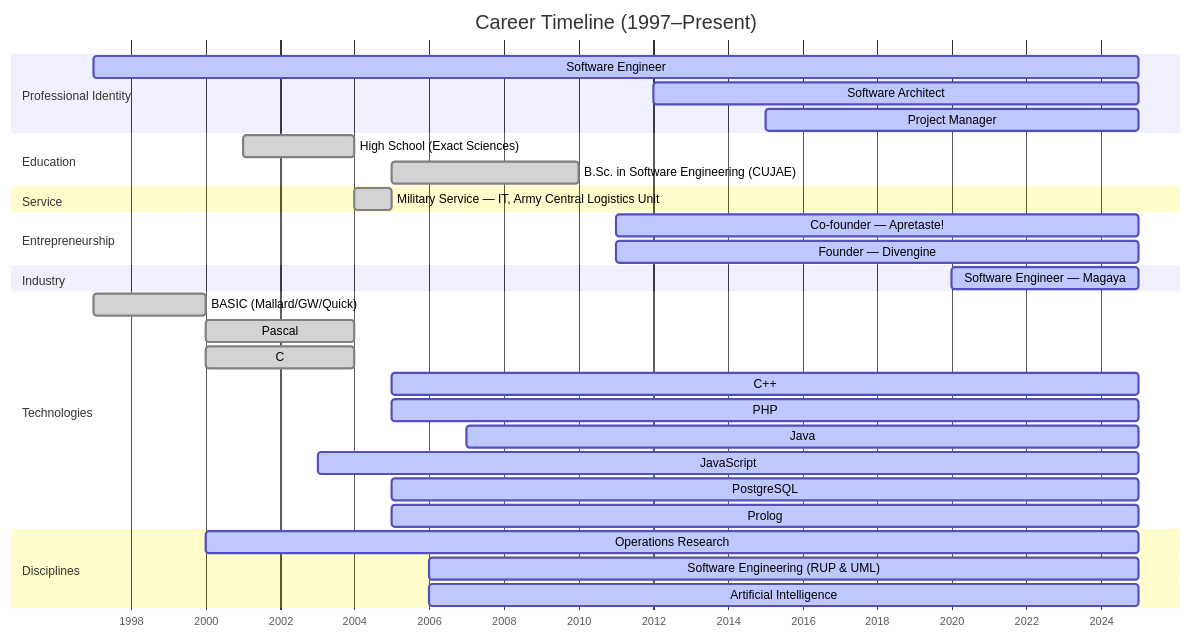
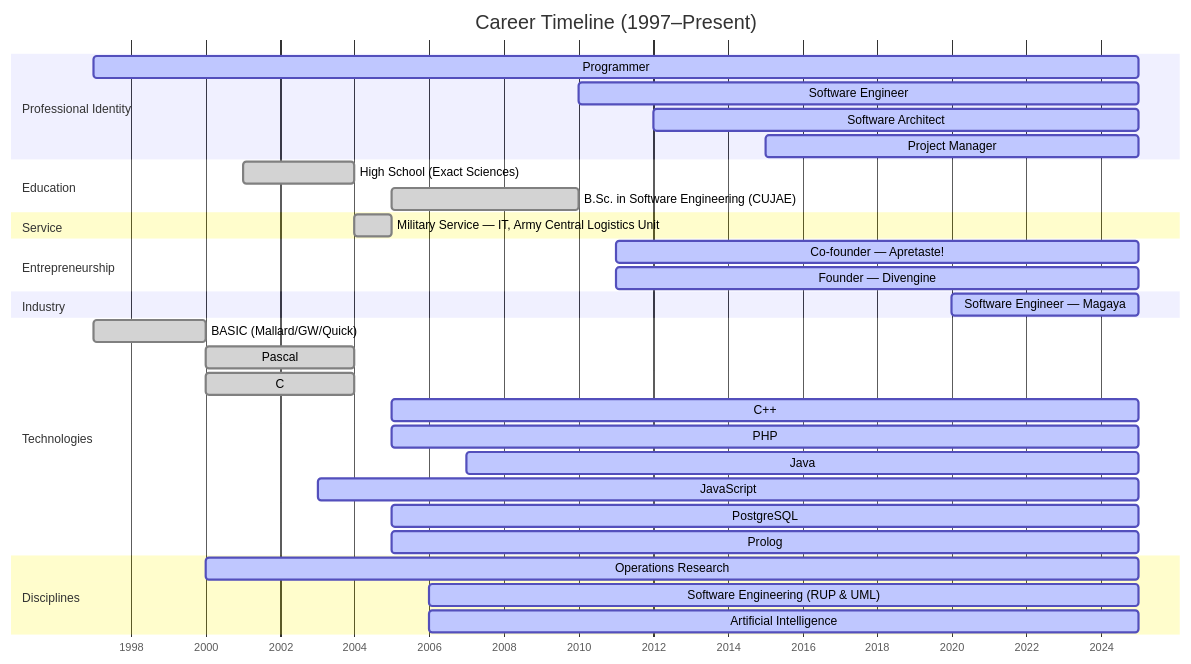
One commit to rafageist/rafageist changed the diagram in README.md. Above: the diagram before and after it, drawn with Mermaid.

````diff
--- a/README.md
+++ b/README.md
@@ -25,42 +25,43 @@
 ```mermaid
 gantt
   dateFormat  YYYY
   axisFormat  %Y
   title  Career Timeline (1997–Present)
   todayMarker on
 
   section Professional Identity
-  Software Engineer                         :active, se, 1997, 2025
+  Programmer                                :active, se, 1997, 2025
+  Software Engineer                         :active, se, 2010, 2025
   Software Architect                        :active, sa, 2012, 2025
   Project Manager                           :active, pm, 2015, 2025
 
   section Education
   High School (Exact Sciences)              :done,  hs, 2001, 2004
   B.Sc. in Software Engineering (CUJAE)     :done,  bs, 2005, 2010
 
   section Service
   Military Service — IT, Army Central Logistics Unit :done, mil, 2004, 2005
 
   section Entrepreneurship
   Co‑founder — Apretaste!                   :active, ap, 2011, 2025
   Founder — Divengine                       :active, de, 2011, 2025
 
   section Industry
   Software Engineer — Magaya                :active, mg, 2020, 2025
 
   section Technologies
   BASIC (Mallard/GW/Quick)                  :done,   bas, 1997, 2000
   Pascal                                    :done,   pas, 2000, 2004
   C                                         :done,   c,   2000, 2004
   C++                                       :active, cpp, 2005, 2025
   PHP                                       :active, php, 2005, 2025
   Java                                      :active, jav, 2007, 2025
   JavaScript                                :active, js,  2003, 2025
   PostgreSQL                                :active, pg,  2005, 2025
   Prolog                                    :active, pl,  2005, 2025
 
   section Disciplines
   Operations Research                       :active, or,  2000, 2025
   Software Engineering (RUP & UML)          :active, rup, 2006, 2025
   Artificial Intelligence                   :active, ai,  2006, 2025
 ```
````
